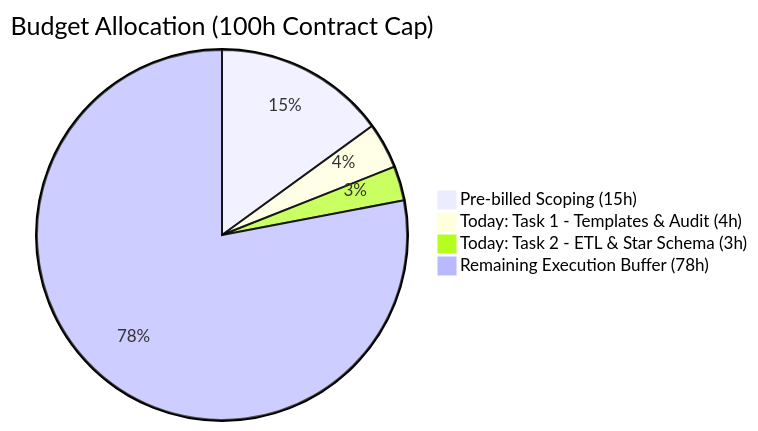
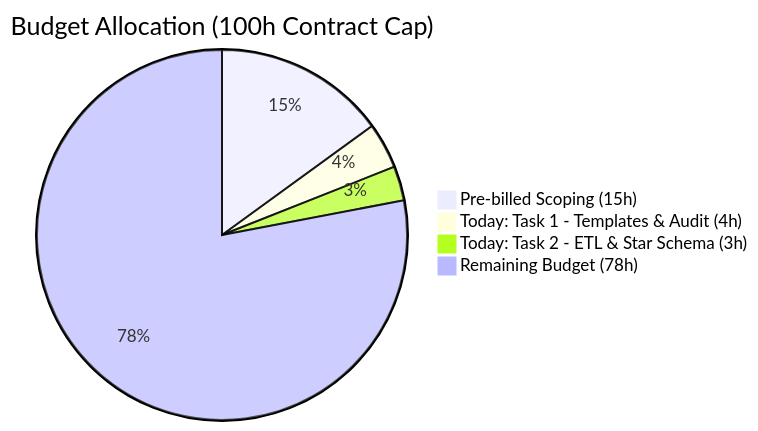
One commit to angra8410/fabric-data-engineering changed the diagram in scog-growth-report/summary.md. Above: the diagram before and after it, drawn with Mermaid. The commit also changed other lines of this file, not shown here.

Commit message:
docs(scog-growth-report): update summary with audit findings and budget terminology corrections

````diff
--- a/scog-growth-report/summary.md
+++ b/scog-growth-report/summary.md
@@ -17,7 +17,7 @@
 ```mermaid
 pie title Budget Allocation (100h Contract Cap)
     "Pre-billed Scoping (15h)" : 15
     "Today: Task 1 - Templates & Audit (4h)" : 4
     "Today: Task 2 - ETL & Star Schema (3h)" : 3
-    "Remaining Execution Buffer (78h)" : 78
+    "Remaining Budget (78h)" : 78
 ```
````
